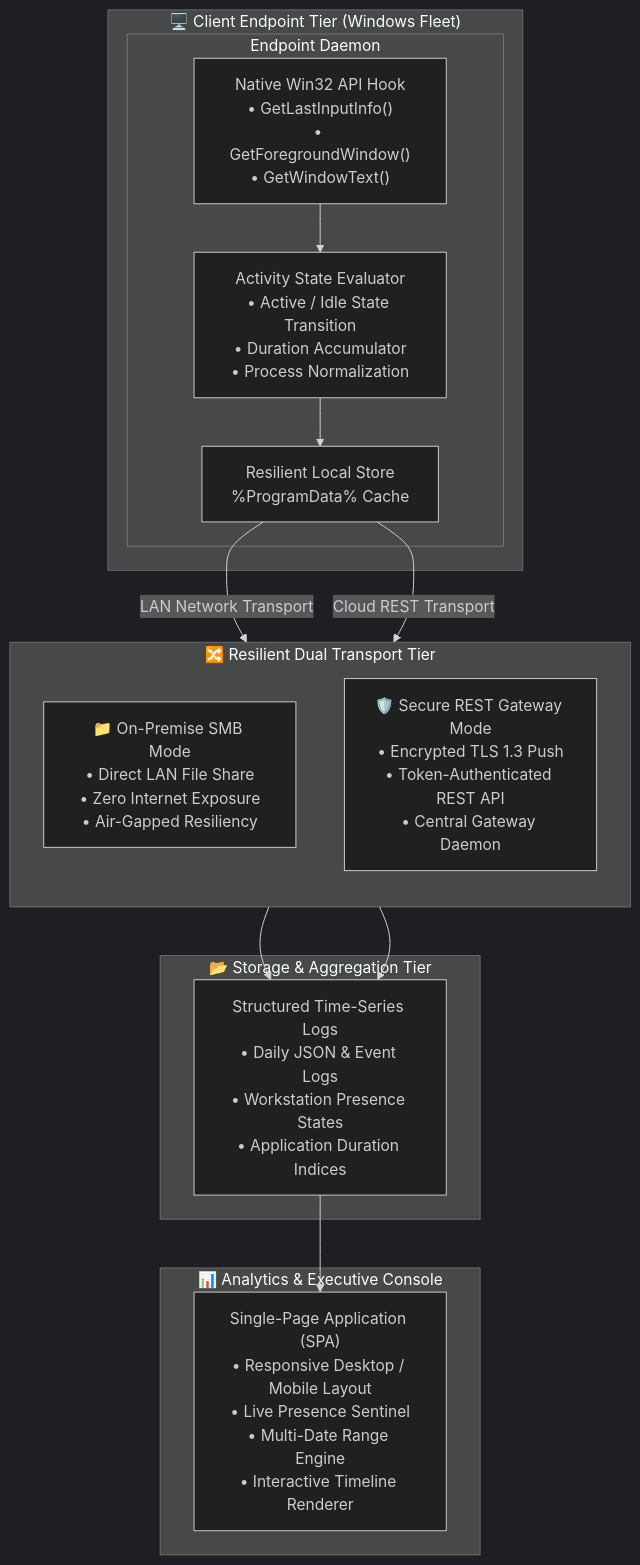
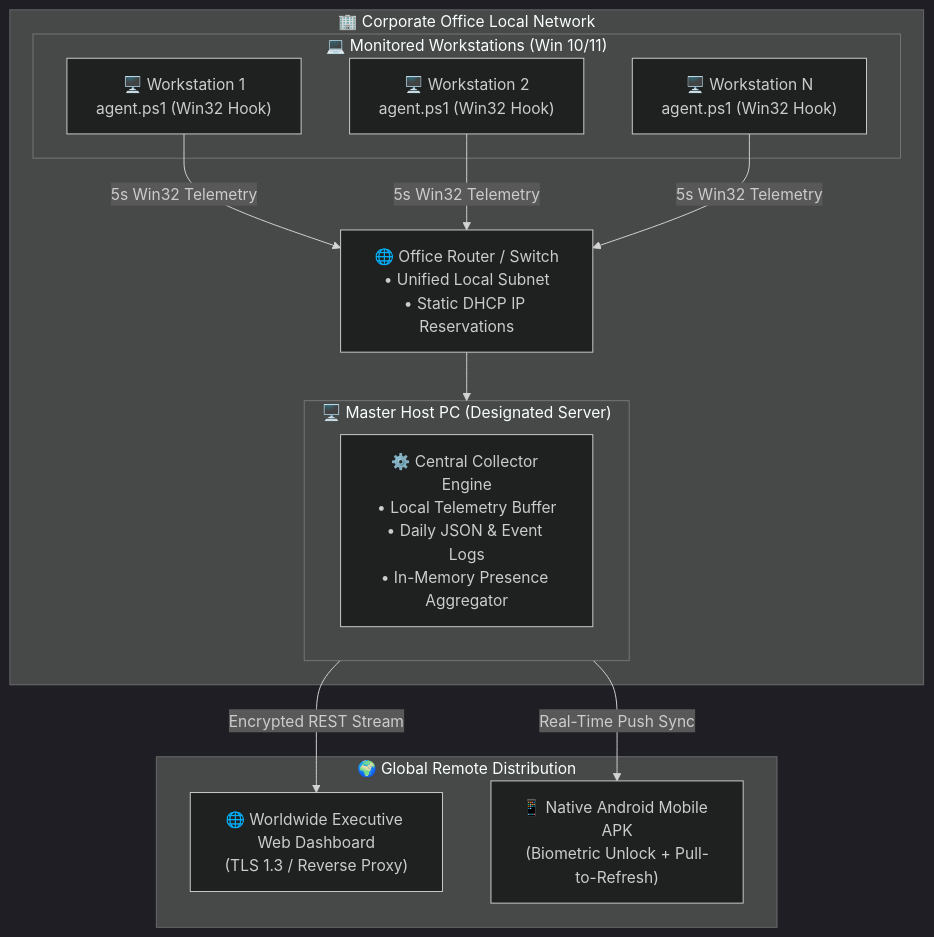
The diagram in projects/Windows/Work_Time_Stat/TECHNICAL_OVERVIEW.md (GinCz/Windows_scripts), drawn with Mermaid (dark theme) before and after one commit. The commit also changed other lines of this file and 12 other files, not shown here.

Commit message:
feat(portfolio): canonical Work_Time_Stat naming, master server architecture, and tri-mode theme

````diff
--- a/projects/Windows/Work_Time_Stat/TECHNICAL_OVERVIEW.md
+++ b/projects/Windows/Work_Time_Stat/TECHNICAL_OVERVIEW.md
@@ -15,32 +15,29 @@
 ```mermaid
 flowchart TD
-    subgraph Endpoint_Tier ["🖥️ Client Endpoint Tier (Windows Fleet)"]
-        subgraph Agent_Internal ["Endpoint Daemon"]
-            Win32_Poll["Native Win32 API Hook<br/>• GetLastInputInfo()<br/>• GetForegroundWindow()<br/>• GetWindowText()"]
-            Time_Engine["Activity State Evaluator<br/>• Active / Idle State Transition<br/>• Duration Accumulator<br/>• Process Normalization"]
-            Local_Store["Resilient Local Store<br/>%ProgramData% Cache"]
+    subgraph Corporate_LAN ["🏢 Corporate Office Local Network"]
+        Router["🌐 Office Router / Switch<br/>• Unified Local Subnet<br/>• Static DHCP IP Reservations"]
+        
+        subgraph Fleet ["💻 Monitored Workstations (Win 10/11)"]
+            W1["🖥️ Workstation 1<br/>agent.ps1 (Win32 Hook)"]
+            W2["🖥️ Workstation 2<br/>agent.ps1 (Win32 Hook)"]
+            WN["🖥️ Workstation N<br/>agent.ps1 (Win32 Hook)"]
+        end
+
+        subgraph Master_Node ["🖥️ Master Host PC (Designated Server)"]
+            Master_Srv["⚙️ Central Collector Engine<br/>• Local Telemetry Buffer<br/>• Daily JSON & Event Logs<br/>• In-Memory Presence Aggregator"]
         end
     end
 
-    subgraph Transport_Tier ["🔀 Resilient Dual Transport Tier"]
-        direction TB
-        SMB_Path["📁 On-Premise SMB Mode<br/>• Direct LAN File Share<br/>• Zero Internet Exposure<br/>• Air-Gapped Resiliency"]
-        HTTPS_Path["🛡️ Secure REST Gateway Mode<br/>• Encrypted TLS 1.3 Push<br/>• Token-Authenticated REST API<br/>• Central Gateway Daemon"]
+    subgraph Distribution ["🌍 Global Remote Distribution"]
+        Web_Remote["🌐 Worldwide Executive Web Dashboard<br/>(TLS 1.3 / Reverse Proxy)"]
+        Android_APK["📱 Native Android Mobile APK<br/>(Biometric Unlock + Pull-to-Refresh)"]
     end
 
-    subgraph Data_Tier ["📂 Storage & Aggregation Tier"]
-        Log_Mirror["Structured Time-Series Logs<br/>• Daily JSON & Event Logs<br/>• Workstation Presence States<br/>• Application Duration Indices"]
-    end
+    W1 -->|5s Win32 Telemetry| Router
+    W2 -->|5s Win32 Telemetry| Router
+    WN -->|5s Win32 Telemetry| Router
+    Router --> Master_Node
 
-    subgraph Presentation_Tier ["📊 Analytics & Executive Console"]
-        Web_Console["Single-Page Application (SPA)<br/>• Responsive Desktop / Mobile Layout<br/>• Live Presence Sentinel<br/>• Multi-Date Range Engine<br/>• Interactive Timeline Renderer"]
-    end
-
-    Win32_Poll --> Time_Engine
-    Time_Engine --> Local_Store
-    Local_Store -->|LAN Network Transport| SMB_Path
-    Local_Store -->|Cloud REST Transport| HTTPS_Path
-    SMB_Path --> Log_Mirror
-    HTTPS_Path --> Log_Mirror
-    Log_Mirror --> Web_Console
+    Master_Node -->|Encrypted REST Stream| Web_Remote
+    Master_Node -->|Real-Time Push Sync| Android_APK
 ```
````
